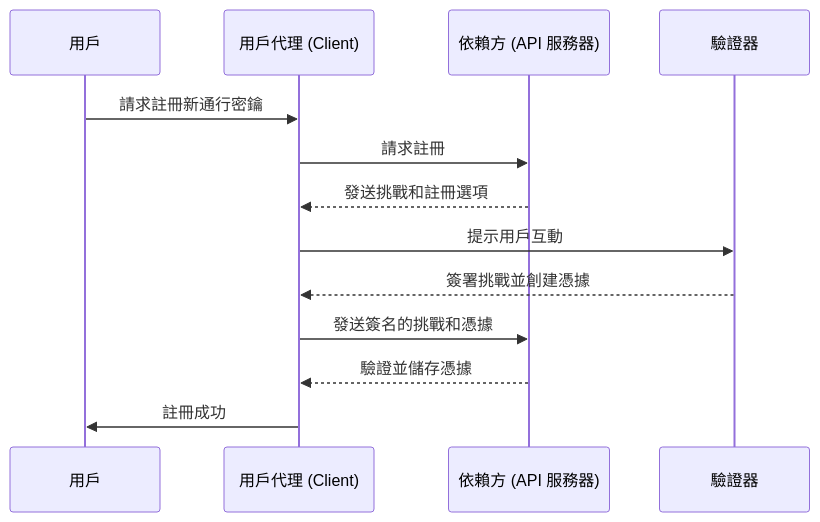
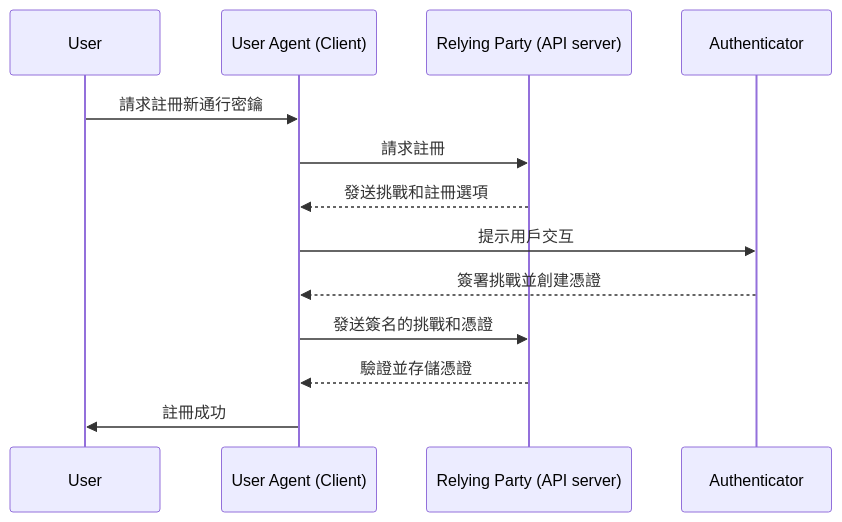
Before and after one commit to logto-io/auth-wiki: the first of 2 diagrams in src/content/terms/zh-Hant/webauthn.mdx, drawn with Mermaid. The commit also changed other lines of this file and 98 other files, not shown here.

````diff
--- a/src/content/terms/zh-Hant/webauthn.mdx
+++ b/src/content/terms/zh-Hant/webauthn.mdx
@@ -39,16 +47,16 @@
 ```mermaid
 sequenceDiagram
-    participant 用戶
-    participant 用戶代理 (Client)
-    participant 依賴方 (API 服務器)
-    participant 驗證器
+	participant User
+	participant User Agent (Client)
+	participant Relying Party (API server) 
+	participant Authenticator
 
-    用戶 ->> 用戶代理 (Client): 請求註冊新通行密鑰
-    用戶代理 (Client) ->> 依賴方 (API 服務器): 請求註冊
-    依賴方 (API 服務器) -->> 用戶代理 (Client): 發送挑戰和註冊選項
-    用戶代理 (Client) ->> 驗證器: 提示用戶互動
-    驗證器 -->> 用戶代理 (Client): 簽署挑戰並創建憑據
-    用戶代理 (Client) ->> 依賴方 (API 服務器): 發送簽名的挑戰和憑據
-    依賴方 (API 服務器) -->> 用戶代理 (Client): 驗證並儲存憑據
-    用戶代理 (Client) ->> 用戶: 註冊成功
+	User ->> User Agent (Client): 請求註冊新通行密鑰
+	User Agent (Client) ->> Relying Party (API server): 請求註冊
+	Relying Party (API server) -->> User Agent (Client): 發送挑戰和註冊選項
+	User Agent (Client) ->> Authenticator: 提示用戶交互
+	Authenticator -->> User Agent (Client): 簽署挑戰並創建憑證
+	User Agent (Client) ->> Relying Party (API server): 發送簽名的挑戰和憑證
+	Relying Party (API server) -->> User Agent (Client): 驗證並存儲憑證
+	User Agent (Client) ->> User: 註冊成功
 ```
````
